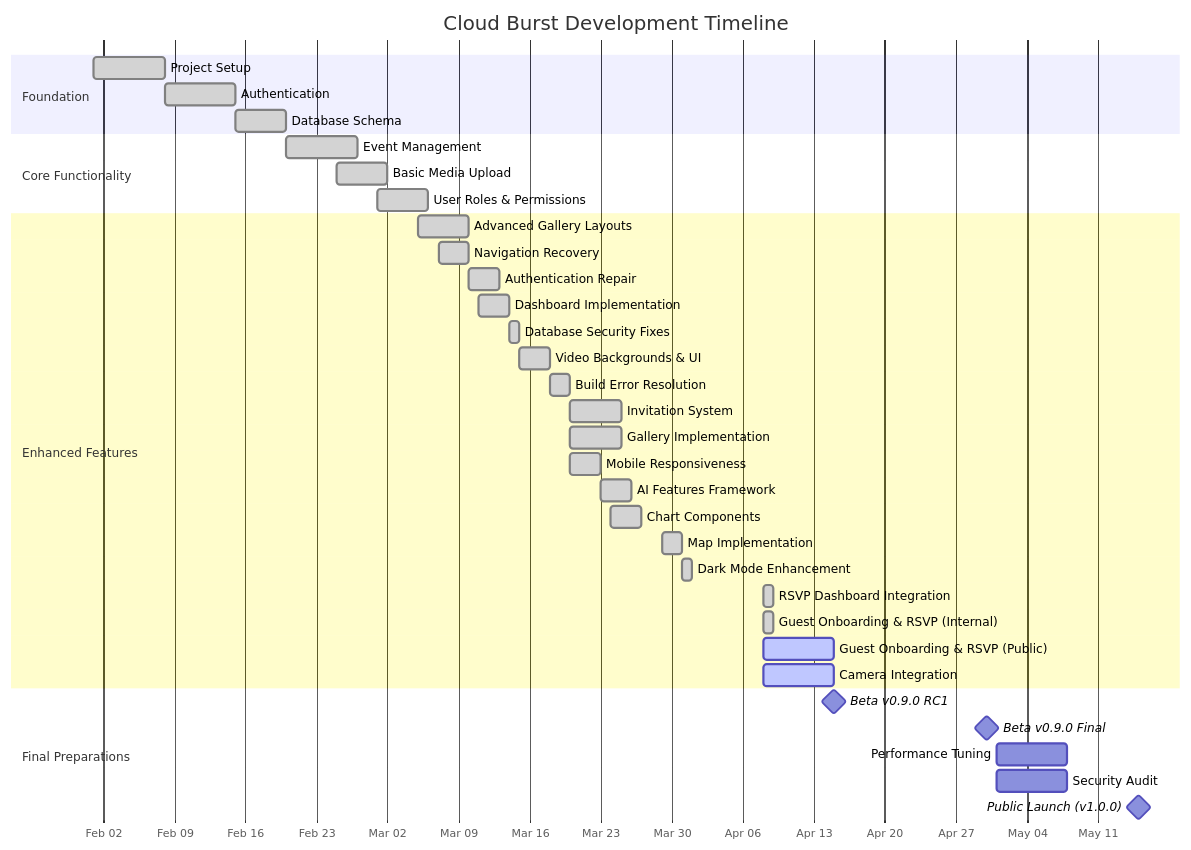
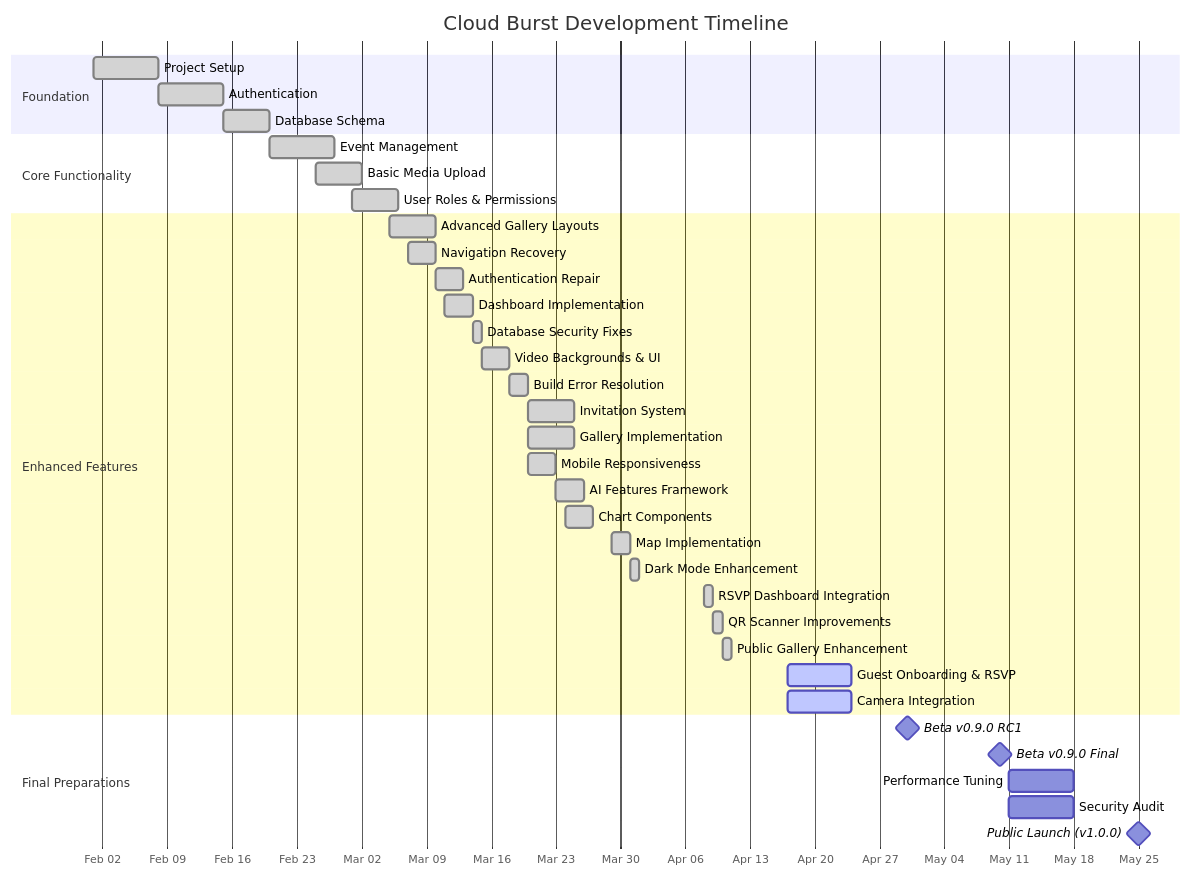
The first of 2 diagrams in docs/planning/roadmap.md (mrj0nesmtl/cloud-burst), drawn with Mermaid before and after one commit. The commit also changed other lines of this file and 16 other files, not shown here.

````diff
--- a/docs/planning/roadmap.md
+++ b/docs/planning/roadmap.md
@@ -139,43 +131,44 @@
 ```mermaid
 gantt
     title Cloud Burst Development Timeline
     dateFormat  YYYY-MM-DD
     axisFormat %b %d
     
     section Foundation
     Project Setup           :done, f1, 2025-02-01, 7d
     Authentication          :done, f2, 2025-02-08, 7d
     Database Schema         :done, f3, 2025-02-15, 5d
     
     section Core Functionality
     Event Management        :done, c1, 2025-02-20, 7d
     Basic Media Upload      :done, c2, 2025-02-25, 5d
     User Roles & Permissions:done, c3, 2025-03-01, 5d
     
     section Enhanced Features
     Advanced Gallery Layouts:done, e1, 2025-03-05, 5d
     Navigation Recovery     :done, e2, 2025-03-07, 3d
     Authentication Repair   :done, e3, 2025-03-10, 3d
     Dashboard Implementation:done, e4, 2025-03-11, 3d
     Database Security Fixes :done, e5, 2025-03-14, 1d
     Video Backgrounds & UI  :done, e6, 2025-03-15, 3d
     Build Error Resolution  :done, e7, 2025-03-18, 2d
     Invitation System       :done, e8, 2025-03-20, 5d
     Gallery Implementation  :done, e9, 2025-03-20, 5d
     Mobile Responsiveness   :done, e10, 2025-03-20, 3d
     AI Features Framework   :done, e11, 2025-03-23, 3d
     Chart Components        :done, e14, 2025-03-24, 3d
     Map Implementation      :done, e15, 2025-03-29, 2d
     Dark Mode Enhancement   :done, e16, 2025-03-31, 1d
     RSVP Dashboard Integration :done, e17, 2025-04-08, 1d
-    Guest Onboarding & RSVP (Internal) :done, e18, 2025-04-08, 1d
-    Guest Onboarding & RSVP (Public) :active, e19, 2025-04-08, 7d
-    Camera Integration      :active, e20, 2025-04-08, 7d
+    QR Scanner Improvements :done, e18, 2025-04-09, 1d
+    Public Gallery Enhancement :done, e19, 2025-04-10, 1d
+    Guest Onboarding & RSVP :active, e20, 2025-04-17, 7d
+    Camera Integration      :active, e21, 2025-04-17, 7d
     
     section Final Preparations
-    Beta v0.9.0 RC1         :milestone, b1, 2025-04-15, 0d
-    Beta v0.9.0 Final       :milestone, b2, 2025-04-30, 0d
-    Performance Tuning      :o1, 2025-05-01, 7d
-    Security Audit          :o2, 2025-05-01, 7d
-    Public Launch (v1.0.0)  :milestone, l3, 2025-05-15, 0d
+    Beta v0.9.0 RC1         :milestone, b1, 2025-04-30, 0d
+    Beta v0.9.0 Final       :milestone, b2, 2025-05-10, 0d
+    Performance Tuning      :o1, 2025-05-11, 7d
+    Security Audit          :o2, 2025-05-11, 7d
+    Public Launch (v1.0.0)  :milestone, l3, 2025-05-25, 0d
 ```
````
